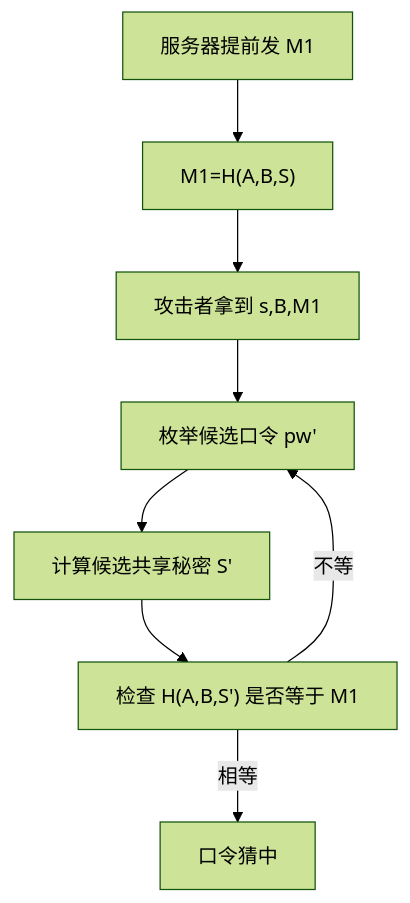
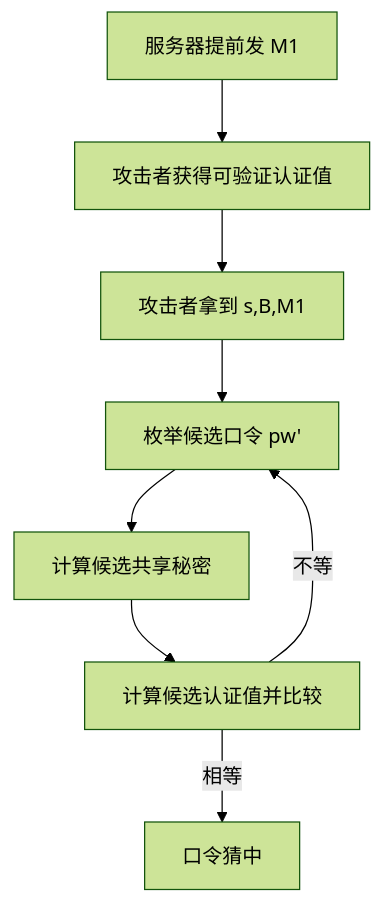
One commit to 22mouseok-crypto/obsidian-vault changed diagram 15 of 21 in 大三下/密码协议/密码协议期末复习-Obsidian视觉版.md. Above: the diagram before and after it, drawn with Mermaid (forest theme). The commit also changed other lines of this file, not shown here.

````diff
--- a/大三下/密码协议/密码协议期末复习-Obsidian视觉版.md
+++ b/大三下/密码协议/密码协议期末复习-Obsidian视觉版.md
@@ -523,10 +571,10 @@
 ```mermaid
 flowchart TD
-    A[服务器提前发 M1] --> B["M1=H(A,B,S)"]
+    A[服务器提前发 M1] --> B[攻击者获得可验证认证值]
     B --> C[攻击者拿到 s,B,M1]
     C --> D[枚举候选口令 pw']
-    D --> E[计算候选共享秘密 S']
-    E --> F["检查 H(A,B,S') 是否等于 M1"]
+    D --> E[计算候选共享秘密]
+    E --> F[计算候选认证值并比较]
     F -->|相等| G[口令猜中]
     F -->|不等| D
 ```
````
